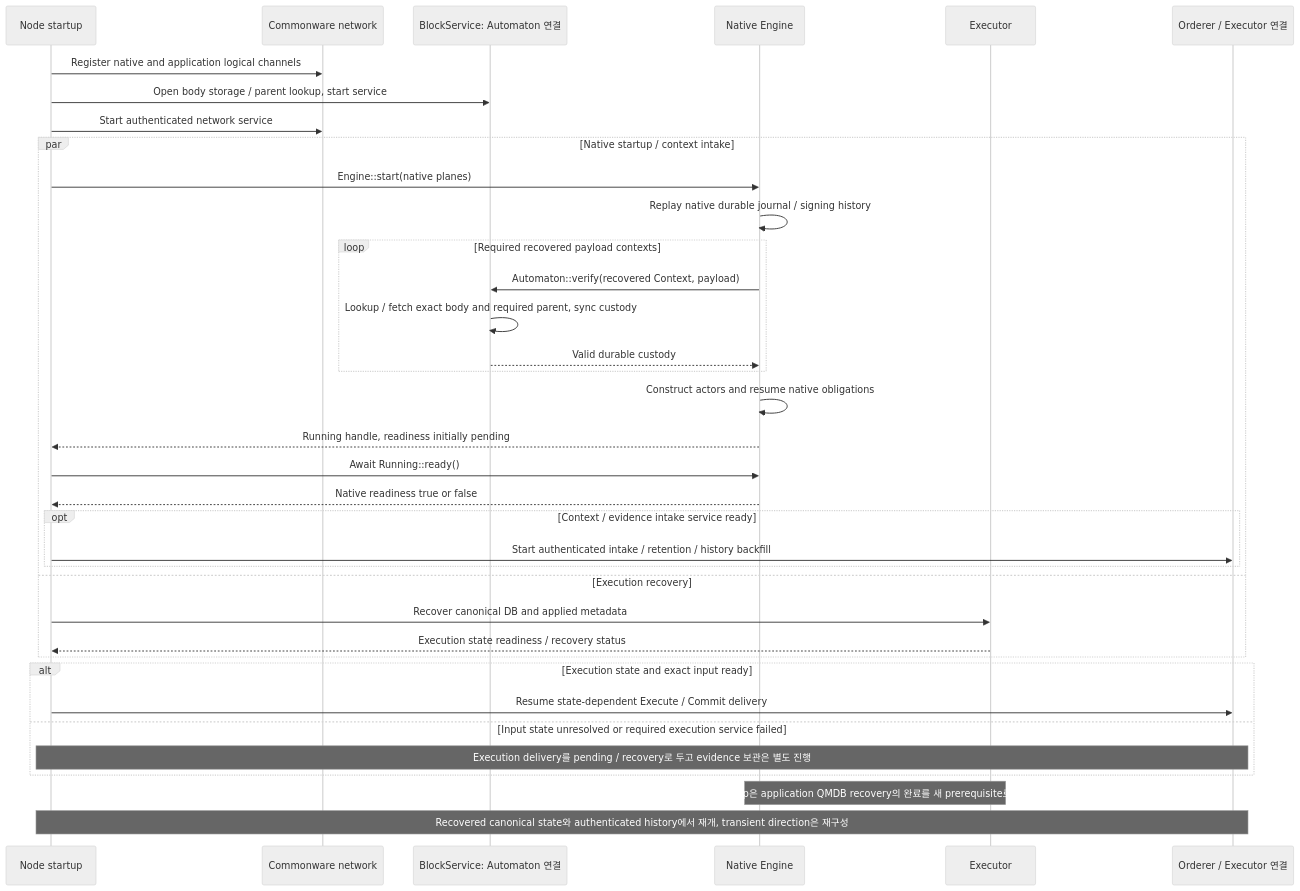
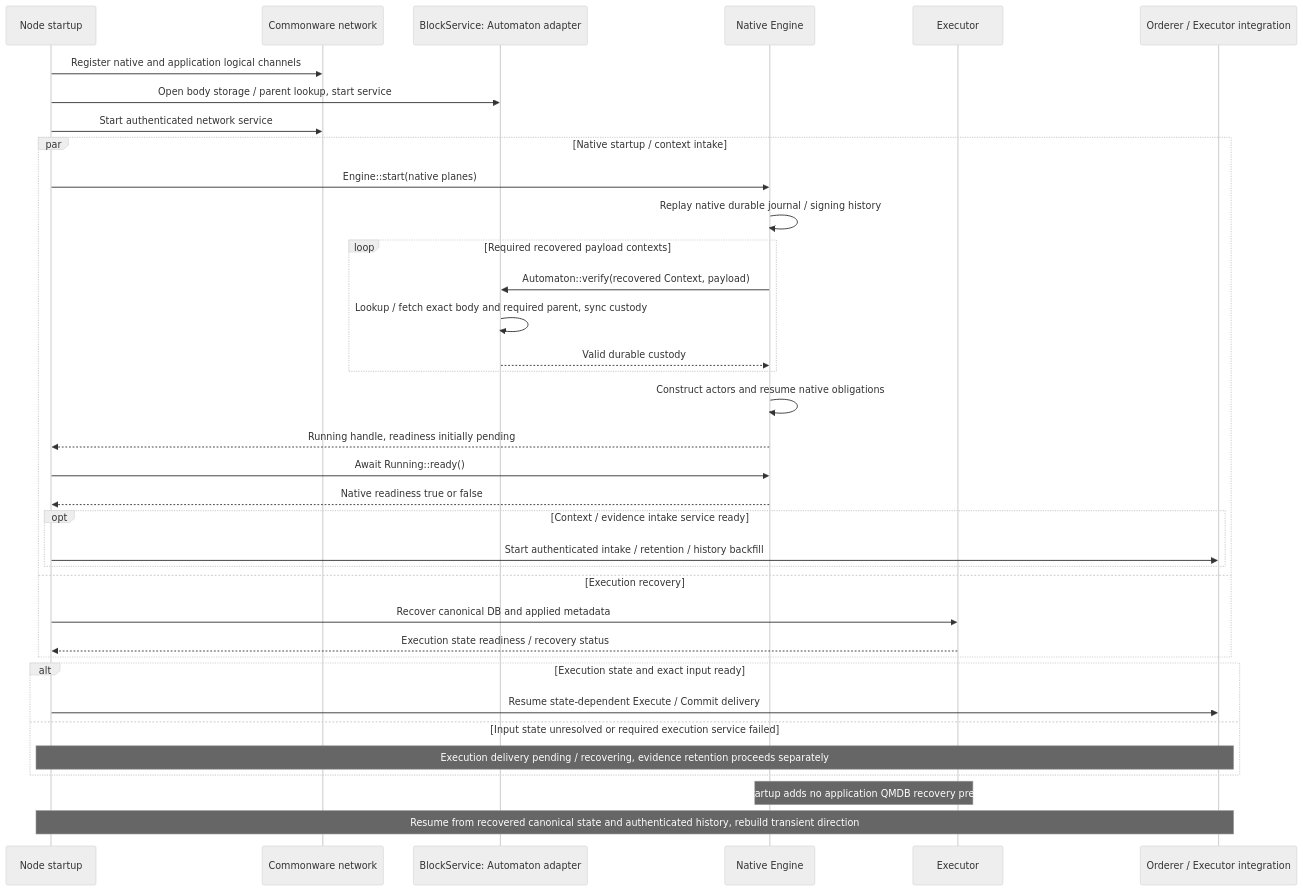
Before and after one commit to djm07073/baton-research: the first of 2 diagrams in docs/e2e/recovery.md, drawn with Mermaid (neutral theme). The commit also changed other lines of this file and 99 other files, not shown here.

````diff
--- a/docs/e2e/recovery.md
+++ b/docs/e2e/recovery.md
@@ -7,38 +7,38 @@
 ```mermaid
 sequenceDiagram
     participant S as Node startup
     participant W as Commonware network
-    participant A as BlockService: Automaton 연결
+    participant A as BlockService: Automaton adapter
     participant N as Native Engine
     participant E as Executor
-    participant B as Orderer / Executor 연결
+    participant B as Orderer / Executor integration
     S->>W: Register native and application logical channels
     S->>A: Open body storage / parent lookup, start service
     S->>W: Start authenticated network service
     par Native startup / context intake
         S->>N: Engine::start(native planes)
         N->>N: Replay native durable journal / signing history
         loop Required recovered payload contexts
             N->>A: Automaton::verify(recovered Context, payload)
             A->>A: Lookup / fetch exact body and required parent, sync custody
             A-->>N: Valid durable custody
         end
         N->>N: Construct actors and resume native obligations
         N-->>S: Running handle, readiness initially pending
         S->>N: Await Running::ready()
         N-->>S: Native readiness true or false
         opt Context / evidence intake service ready
             S->>B: Start authenticated intake / retention / history backfill
         end
     and Execution recovery
         S->>E: Recover canonical DB and applied metadata
         E-->>S: Execution state readiness / recovery status
     end
     alt Execution state and exact input ready
         S->>B: Resume state-dependent Execute / Commit delivery
     else Input state unresolved or required execution service failed
-        Note over S,B: Execution delivery를 pending / recovery로 두고 evidence 보관은 별도 진행
+        Note over S,B: Execution delivery pending / recovering, evidence retention proceeds separately
     end
-    Note over N,E: Native startup은 application QMDB recovery의 완료를 새 prerequisite로 요구하지 않음
-    Note over S,B: Recovered canonical state와 authenticated history에서 재개, transient direction은 재구성
+    Note over N,E: Native startup adds no application QMDB recovery prerequisite
+    Note over S,B: Resume from recovered canonical state and authenticated history, rebuild transient direction
 ```
````
